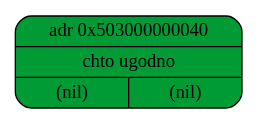
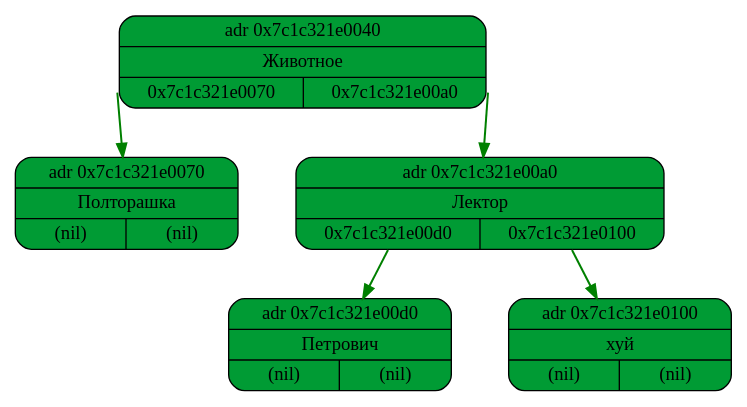
Before and after one commit to evanvd/akinator: the diagram in log/graphviz_file.dot, drawn with Graphviz. The commit also changed 15 other files, not shown here.

```diff
--- a/log/graphviz_file.dot
+++ b/log/graphviz_file.dot
@@ -1,6 +1,14 @@
 digraph {
 graph [rankdir=TB, splines=polyline, nodesep=0.6];
 node [shape=record, style="filled, rounded", fillcolor="#009b34ff", height=0.8];
 edge [color="#008000", penwidth=1.5, arrowhead = normal];
-node1 [label="{ adr 0x503000000040 | chto ugodno | {<L> (nil)| <R> (nil)}}"];
+node1 [label="{ adr 0x7c1c321e0040 | Животное | {<L> 0x7c1c321e0070| <R> 0x7c1c321e00a0}}"];
+node1:<L>->node2
+node2 [label="{ adr 0x7c1c321e0070 | Полторашка | {<L> (nil)| <R> (nil)}}"];
+node1:<R>->node3
+node3 [label="{ adr 0x7c1c321e00a0 | Лектор | {<L> 0x7c1c321e00d0| <R> 0x7c1c321e0100}}"];
+node3:<L>->node4
+node4 [label="{ adr 0x7c1c321e00d0 | Петрович | {<L> (nil)| <R> (nil)}}"];
+node3:<R>->node5
+node5 [label="{ adr 0x7c1c321e0100 | хуй | {<L> (nil)| <R> (nil)}}"];
 }
```
